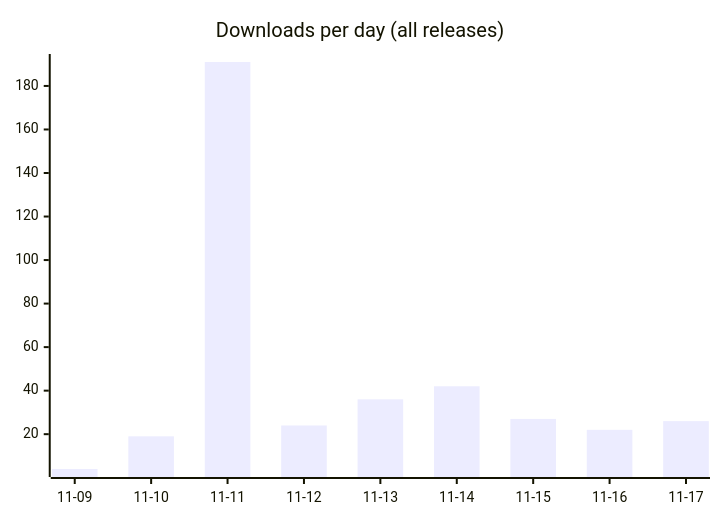
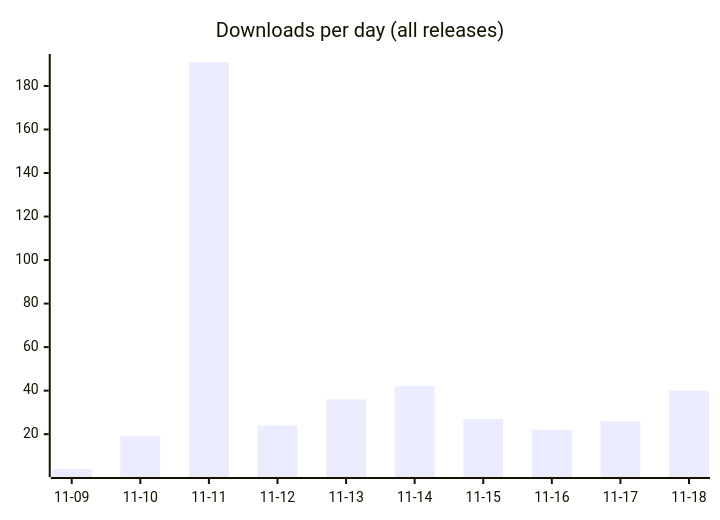
Before and after one commit to fmadore/Live-translation: the first of 2 diagrams in README.md, drawn with Mermaid. The commit also changed other lines of this file and 3 other files, not shown here.

````diff
--- a/README.md
+++ b/README.md
@@ -55,6 +56,6 @@
 ```mermaid
 xychart-beta
     title "Downloads per day (all releases)"
-    x-axis ["11-09", "11-10", "11-11", "11-12", "11-13", "11-14", "11-15", "11-16", "11-17"]
-    bar [4, 19, 191, 24, 36, 42, 27, 22, 26]
+    x-axis ["11-09", "11-10", "11-11", "11-12", "11-13", "11-14", "11-15", "11-16", "11-17", "11-18"]
+    bar [4, 19, 191, 24, 36, 42, 27, 22, 26, 40]
 ```
````
